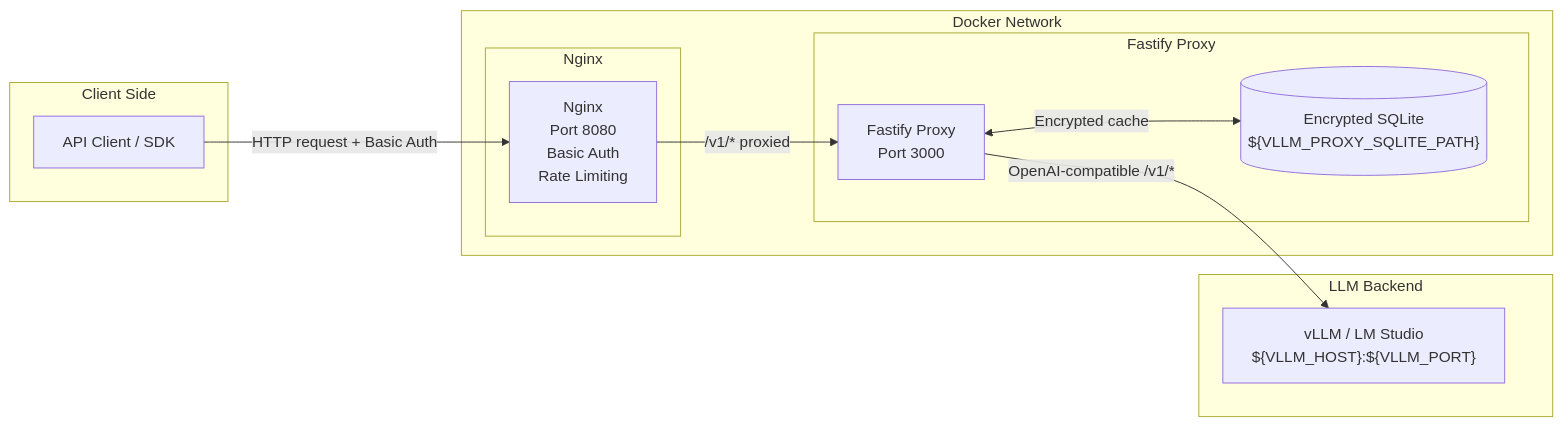
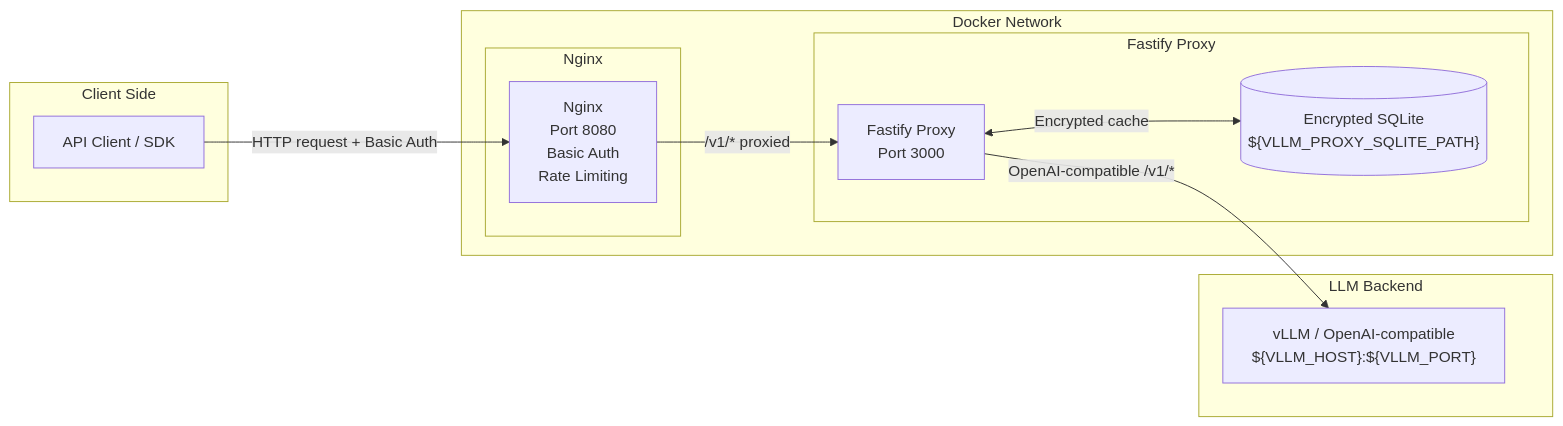
One commit to alexandrughinea/lmstudio-nginx-ngrok changed the diagram in README.md. Above: the diagram before and after it, drawn with Mermaid. The commit also changed other lines of this file and 24 other files, not shown here.

````diff
--- a/README.md
+++ b/README.md
@@ -122,26 +122,26 @@
 ```mermaid
 flowchart LR
   subgraph ClientSide[Client Side]
     U[API Client / SDK]
   end
 
   subgraph DockerNet[Docker Network]
     subgraph NginxSvc[Nginx]
       NX["Nginx\nPort 8080\nBasic Auth\nRate Limiting"]
     end
 
     subgraph FastifySvc[Fastify Proxy]
       FP["Fastify Proxy\nPort 3000"]
       DB[("Encrypted SQLite\n${VLLM_PROXY_SQLITE_PATH}")]
     end
   end
 
   subgraph Backend[LLM Backend]
-    LM["vLLM / LM Studio\n${VLLM_HOST}:${VLLM_PORT}"]
+    LM["vLLM / OpenAI-compatible\n${VLLM_HOST}:${VLLM_PORT}"]
   end
 
   U -->|HTTP request + Basic Auth| NX
   NX -->|/v1/* proxied| FP
   FP -->|OpenAI-compatible /v1/*| LM
   FP <-->|Encrypted cache| DB
 ```
````
